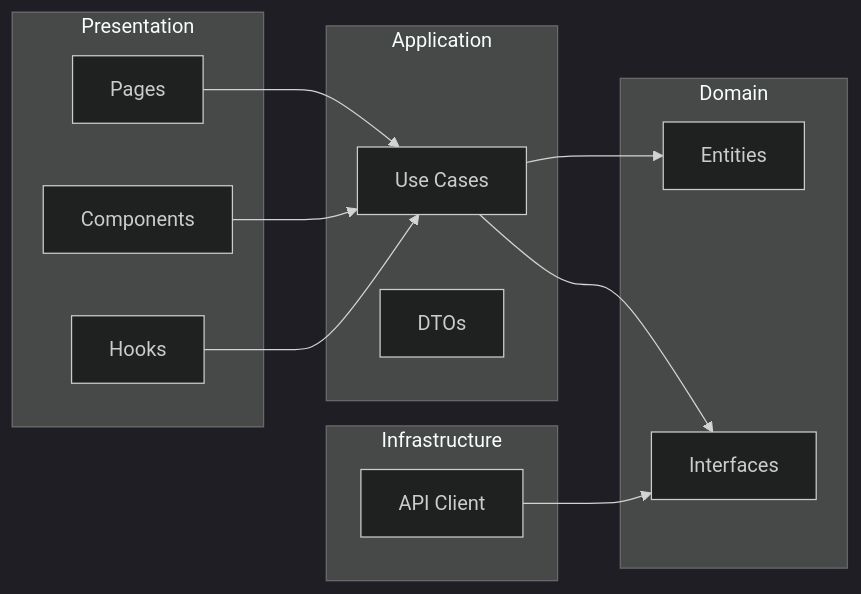
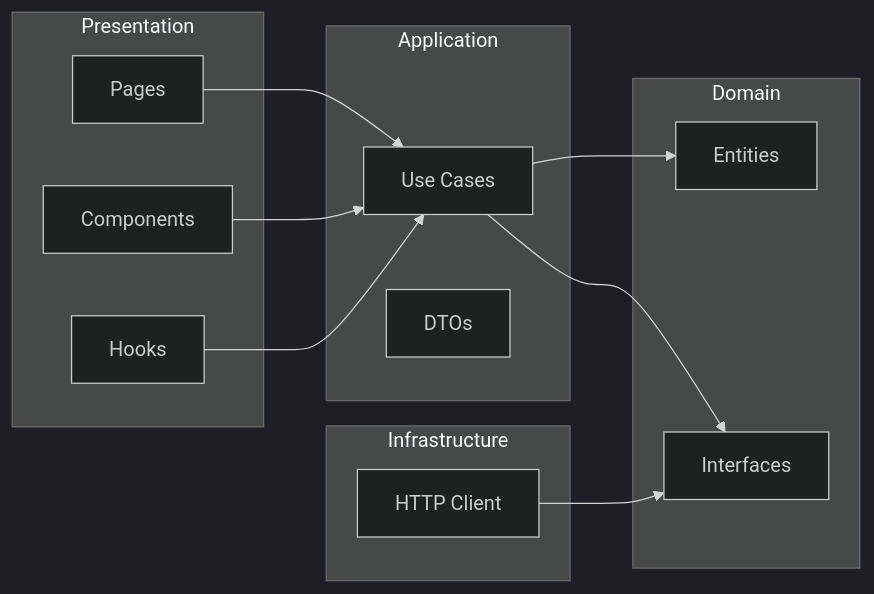
Before and after one commit to JorgeSDiaz/Financial_Manager_F: the second of 4 diagrams in README.md, drawn with Mermaid (dark theme). The commit also changed other lines of this file, not shown here.

Commit message:
docs: make architecture diagrams generic (no tech specifics)

````diff
--- a/README.md
+++ b/README.md
@@ -103,29 +103,29 @@
 ```mermaid
 graph LR
     subgraph Presentation
         Pages[Pages]
         Components[Components]
         Hooks[Hooks]
     end
     
     subgraph Application
         UseCases[Use Cases]
         DTO[DTOs]
     end
     
     subgraph Domain
         Entities[Entities]
         Interfaces[Interfaces]
     end
     
     subgraph Infrastructure
-        API[API Client]
+        Client[HTTP Client]
     end
     
     Pages --> UseCases
     Components --> UseCases
     Hooks --> UseCases
     UseCases --> Entities
     UseCases --> Interfaces
-    API --> Interfaces
+    Client --> Interfaces
 ```
````
